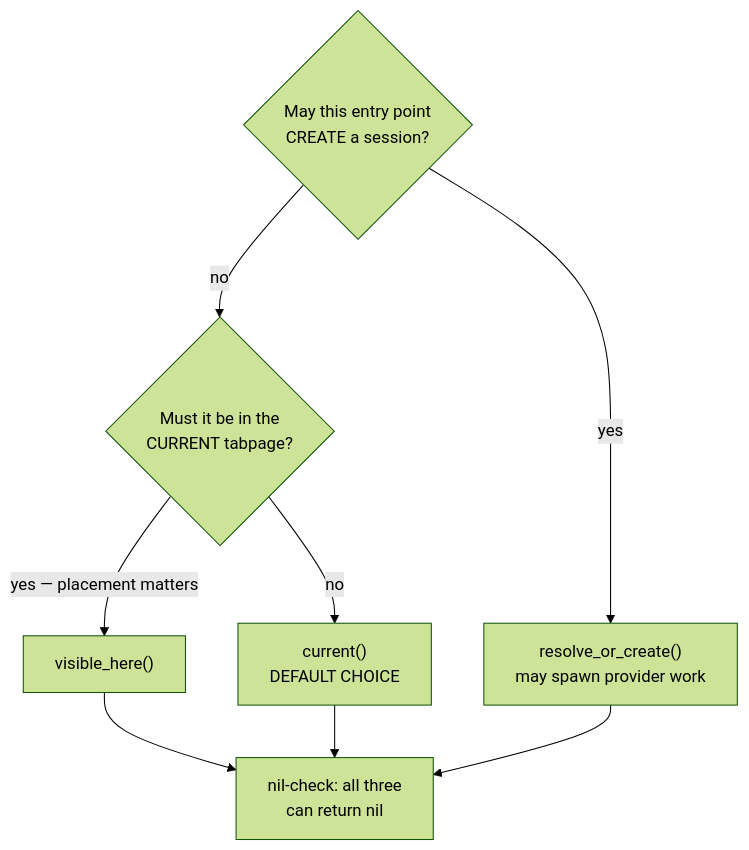
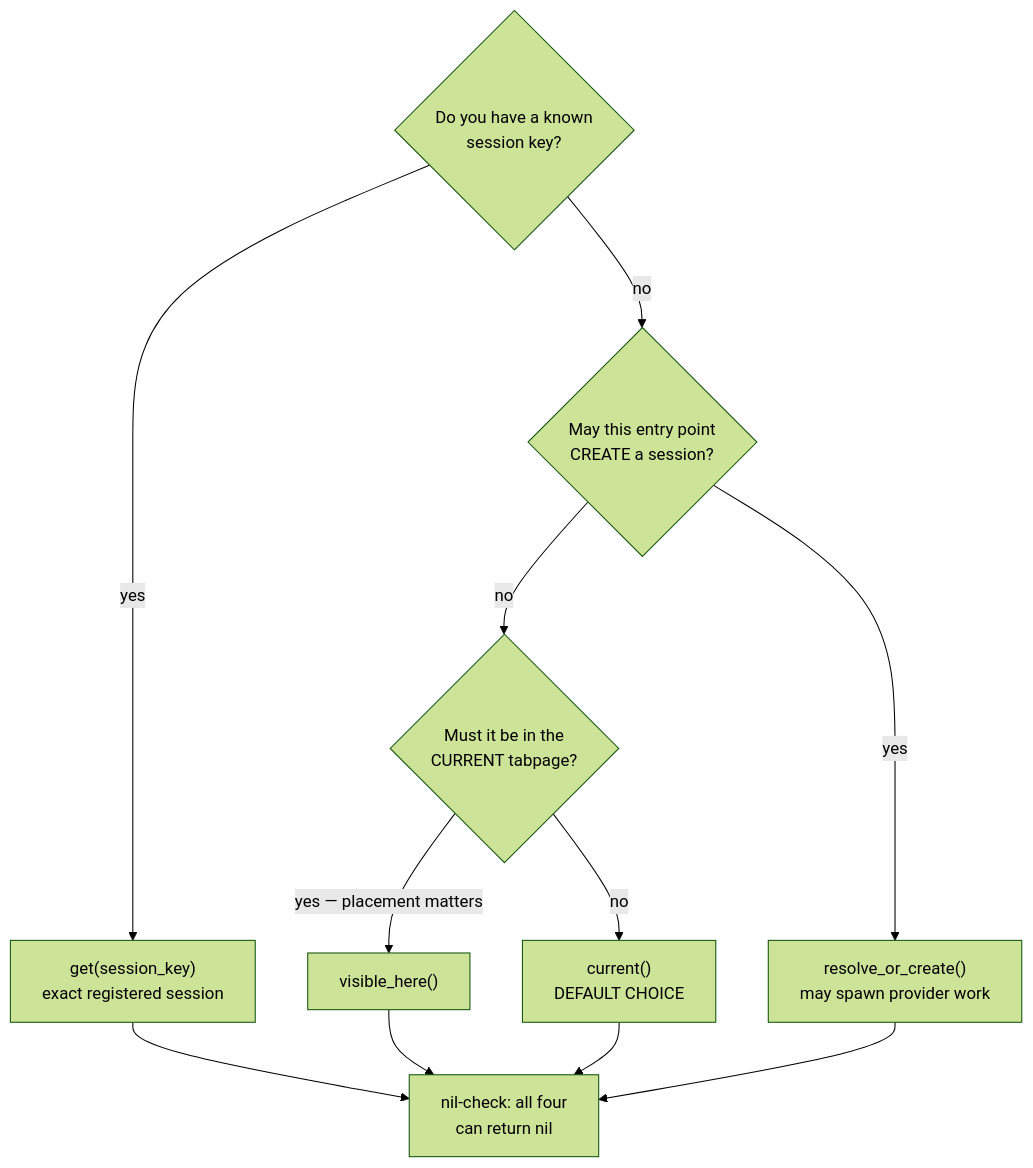
Before and after one commit to carlos-algms/agentic.nvim: the diagram in AGENTS.md, drawn with Mermaid (forest theme). The commit also changed other lines of this file and 7 other files, not shown here.

````diff
--- a/AGENTS.md
+++ b/AGENTS.md
@@ -124,13 +128,16 @@
 ```mermaid
 flowchart TD
-    Q{"May this entry point<br/>CREATE a session?"}
+    K{"Do you have a known<br/>session key?"}
+    K -->|"yes"| G["get(session_key)<br/>exact registered session"]
+    K -->|"no"| Q{"May this entry point<br/>CREATE a session?"}
     Q -->|"yes"| ROC["resolve_or_create()<br/>may spawn provider work"]
     Q -->|"no"| T{"Must it be in the<br/>CURRENT tabpage?"}
 
     T -->|"yes — placement matters"| VH["visible_here()"]
     T -->|"no"| C["current()<br/>DEFAULT CHOICE"]
 
-    VH --> N["nil-check: all three<br/>can return nil"]
+    G --> N["nil-check: all four<br/>can return nil"]
+    VH --> N
     C --> N
     ROC --> N
 ```
````
